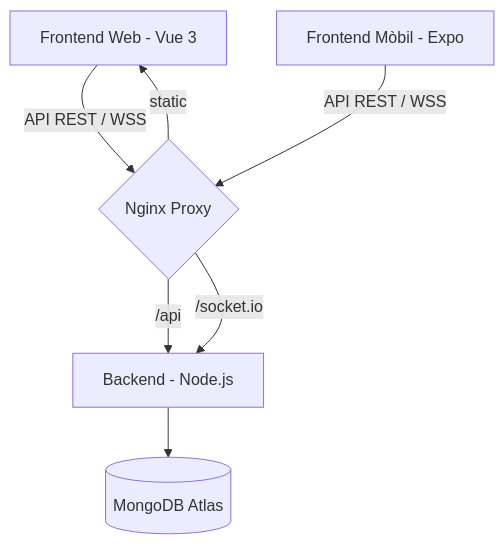
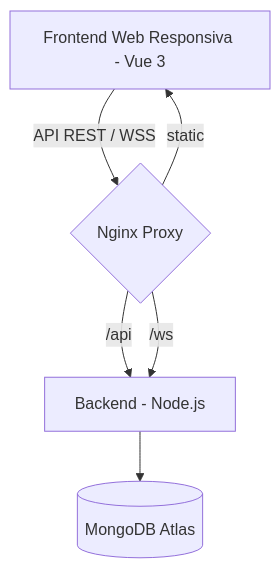
One commit to inspedralbes/projecte-final-2025-26-dam-g7-astro changed the diagram in doc/context/05_SYSTEM_MAP.md. Above: the diagram before and after it, drawn with Mermaid. The commit also changed other lines of this file and 5 other files, not shown here.

Commit message:
docs: initialize project context documentation with objective, scope, architecture, and design decisions

````diff
--- a/doc/context/05_SYSTEM_MAP.md
+++ b/doc/context/05_SYSTEM_MAP.md
@@ -6,9 +6,8 @@
 ```mermaid
 graph TD
-    ClientWeb[Frontend Web - Vue 3] -->|API REST / WSS| Nginx{Nginx Proxy}
-    ClientMobil[Frontend Mòbil - Expo] -->|API REST / WSS| Nginx
+    ClientWeb[Frontend Web Responsiva - Vue 3] -->|API REST / WSS| Nginx{Nginx Proxy}
     Nginx -->|/api| Backend[Backend - Node.js]
-    Nginx -->|/socket.io| Backend
+    Nginx -->|/ws| Backend
     Nginx -->|static| ClientWeb
     Backend --> DB[(MongoDB Atlas)]
 ```
````
